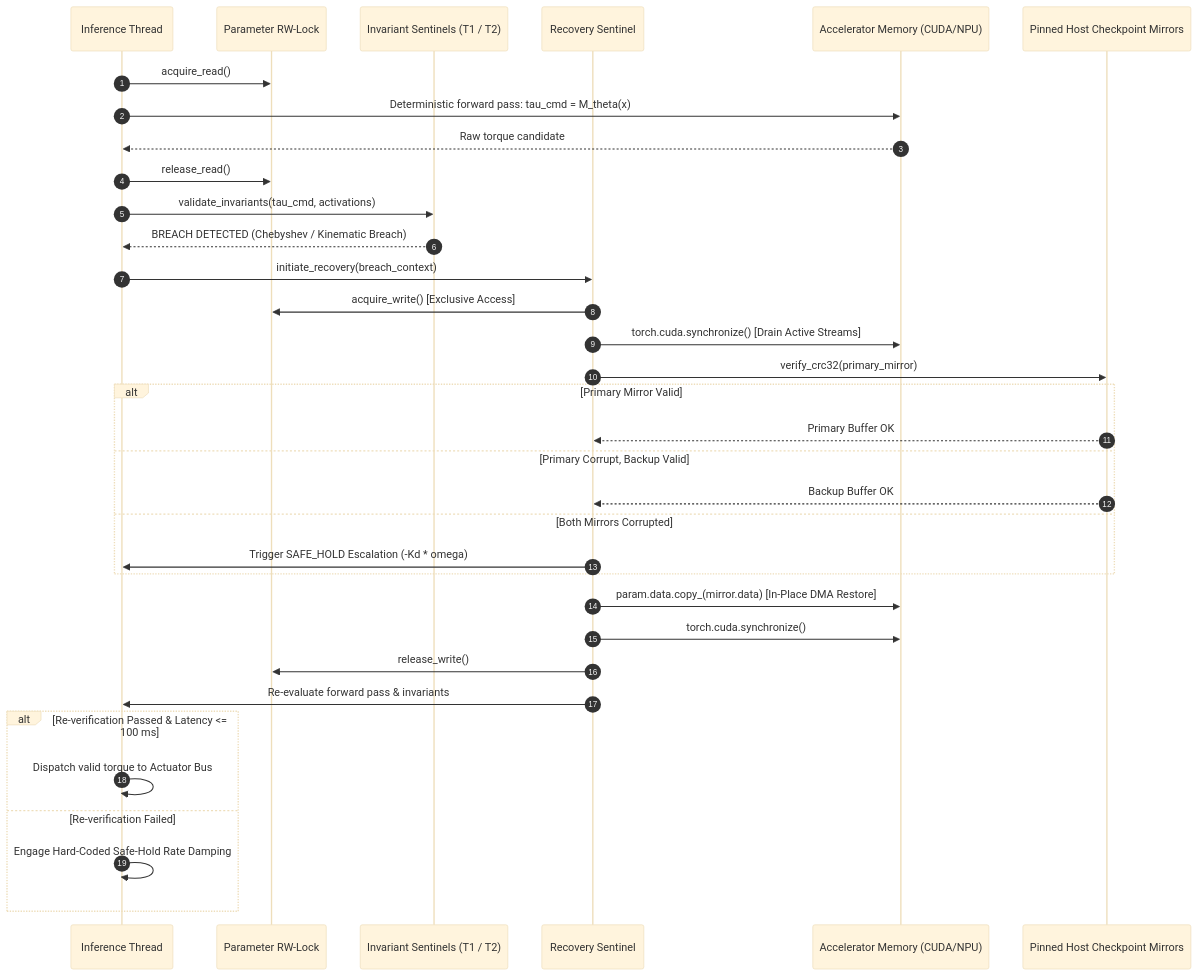
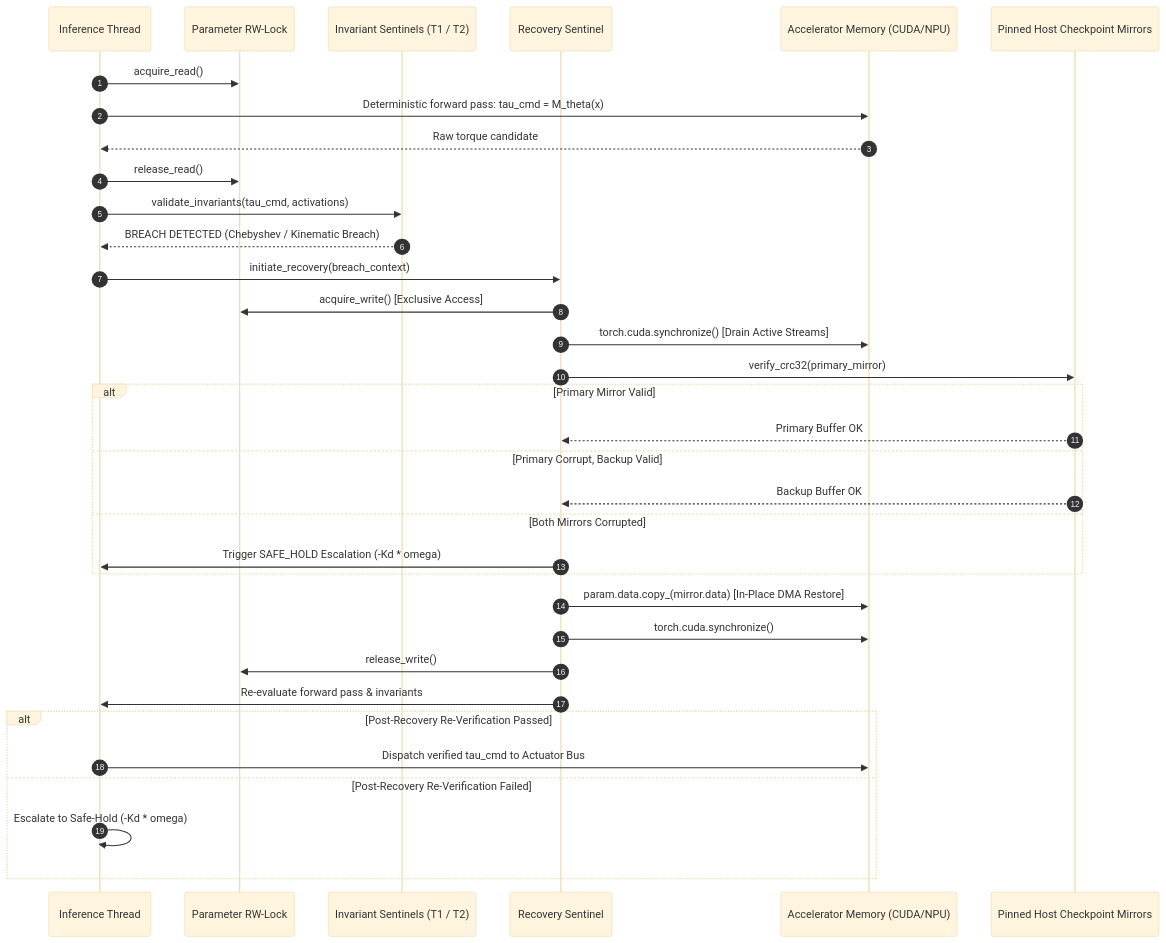
The second of 2 diagrams in README.md (gangasagar5928/ZOG-AI), drawn with Mermaid (base theme) before and after one commit. The commit also changed other lines of this file and 2 other files, not shown here.

Commit message:
docs: establish physics-aware fault containment architecture, RadShield comparison, and academic foundations

````diff
--- a/README.md
+++ b/README.md
@@ -269,42 +353,42 @@
 ```mermaid
 sequenceDiagram
     autonumber
     participant Inf as Inference Thread
     participant RW as Parameter RW-Lock
     participant Tiers as Invariant Sentinels (T1 / T2)
     participant Rec as Recovery Sentinel
     participant GPU as Accelerator Memory (CUDA/NPU)
     participant Mirror as Pinned Host Checkpoint Mirrors
 
     Inf->>RW: acquire_read()
     Inf->>GPU: Deterministic forward pass: tau_cmd = M_theta(x)
     GPU-->>Inf: Raw torque candidate
     Inf->>RW: release_read()
     
     Inf->>Tiers: validate_invariants(tau_cmd, activations)
     Tiers-->>Inf: BREACH DETECTED (Chebyshev / Kinematic Breach)
     
     Inf->>Rec: initiate_recovery(breach_context)
     Rec->>RW: acquire_write() [Exclusive Access]
     Rec->>GPU: torch.cuda.synchronize() [Drain Active Streams]
     
     Rec->>Mirror: verify_crc32(primary_mirror)
     alt Primary Mirror Valid
         Mirror-->>Rec: Primary Buffer OK
     else Primary Corrupt, Backup Valid
         Mirror-->>Rec: Backup Buffer OK
     else Both Mirrors Corrupted
         Rec->>Inf: Trigger SAFE_HOLD Escalation (-Kd * omega)
     end
 
     Rec->>GPU: param.data.copy_(mirror.data) [In-Place DMA Restore]
     Rec->>GPU: torch.cuda.synchronize()
     Rec->>RW: release_write()
     
     Rec->>Inf: Re-evaluate forward pass & invariants
-    alt Re-verification Passed & Latency <= 100 ms
-        Inf->>Inf: Dispatch valid torque to Actuator Bus
-    else Re-verification Failed
-        Inf->>Inf: Engage Hard-Coded Safe-Hold Rate Damping
+    alt Post-Recovery Re-Verification Passed
+        Inf->>GPU: Dispatch verified tau_cmd to Actuator Bus
+    else Post-Recovery Re-Verification Failed
+        Inf->>Inf: Escalate to Safe-Hold (-Kd * omega)
     end
 ```
````
